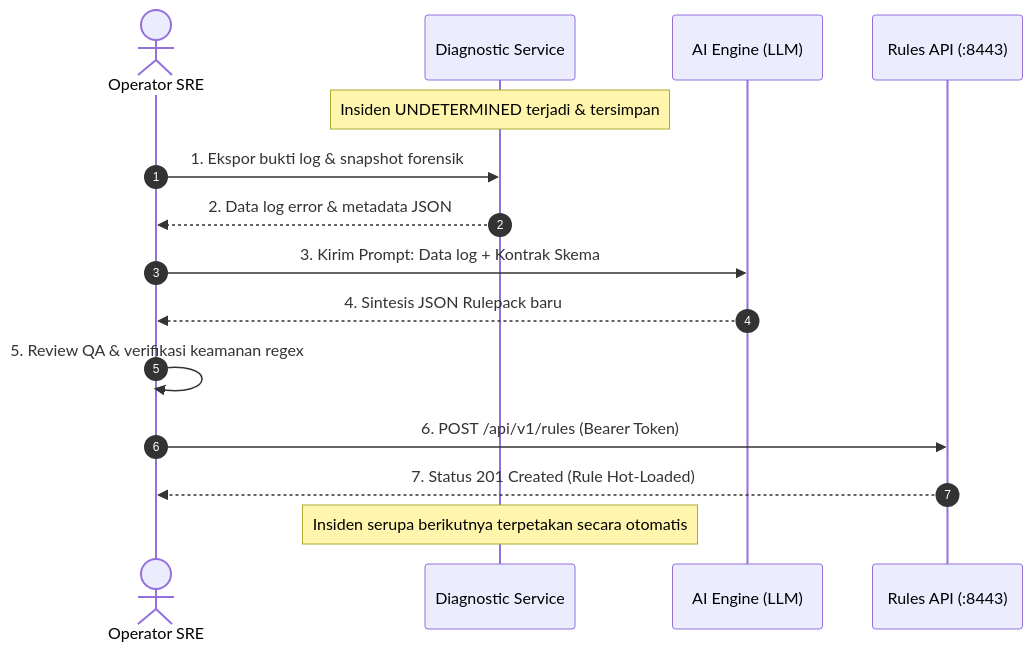
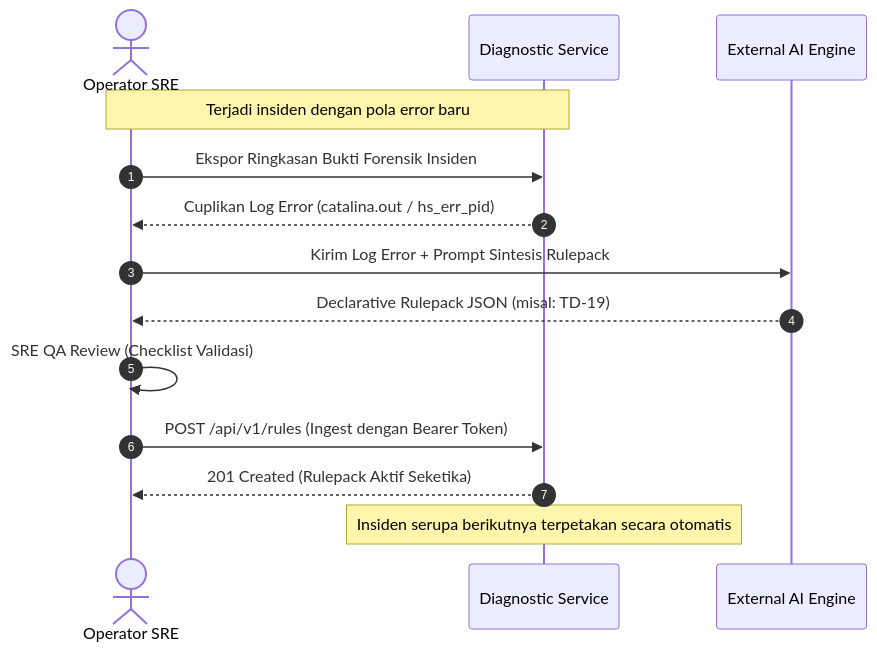
The third of 3 diagrams in docs/projects/tomcat-monitoring/operations/ai-knowledge-enrichment-and-rule-management-runbook.md (edkas07-oss/devops-handbook), drawn with Mermaid before and after one commit. The commit also changed other lines of this file, not shown here.

````diff
--- a/docs/projects/tomcat-monitoring/operations/ai-knowledge-enrichment-and-rule-management-runbook.md
+++ b/docs/projects/tomcat-monitoring/operations/ai-knowledge-enrichment-and-rule-management-runbook.md
@@ -114,18 +82,17 @@
 ```mermaid
 sequenceDiagram
     autonumber
     actor SRE as Operator SRE
     participant DS as Diagnostic Service
-    participant AI as AI Engine (LLM)
-    participant API as Rules API (:8443)
+    participant AI as External AI Engine
 
-    Note over DS: Insiden UNDETERMINED terjadi & tersimpan
-    SRE->>DS: 1. Ekspor bukti log & snapshot forensik
-    DS-->>SRE: 2. Data log error & metadata JSON
-    SRE->>AI: 3. Kirim Prompt: Data log + Kontrak Skema
-    AI-->>SRE: 4. Sintesis JSON Rulepack baru
-    SRE->>SRE: 5. Review QA & verifikasi keamanan regex
-    SRE->>API: 6. POST /api/v1/rules (Bearer Token)
-    API-->>SRE: 7. Status 201 Created (Rule Hot-Loaded)
+    Note over SRE,DS: Terjadi insiden dengan pola error baru
+    SRE->>DS: Ekspor Ringkasan Bukti Forensik Insiden
+    DS-->>SRE: Cuplikan Log Error (catalina.out / hs_err_pid)
+    SRE->>AI: Kirim Log Error + Prompt Sintesis Rulepack
+    AI-->>SRE: Declarative Rulepack JSON (misal: TD-19)
+    SRE->>SRE: SRE QA Review (Checklist Validasi)
+    SRE->>DS: POST /api/v1/rules (Ingest dengan Bearer Token)
+    DS-->>SRE: 201 Created (Rulepack Aktif Seketika)
     Note over DS: Insiden serupa berikutnya terpetakan secara otomatis
 ```
````
